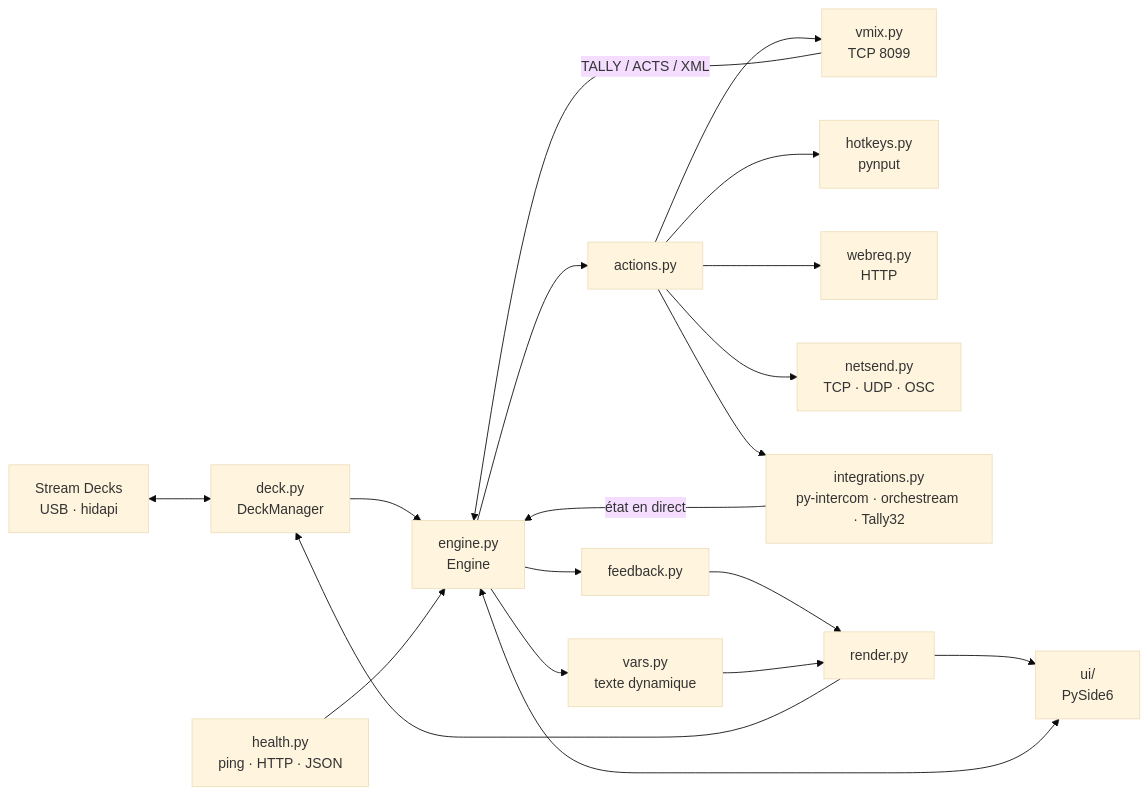
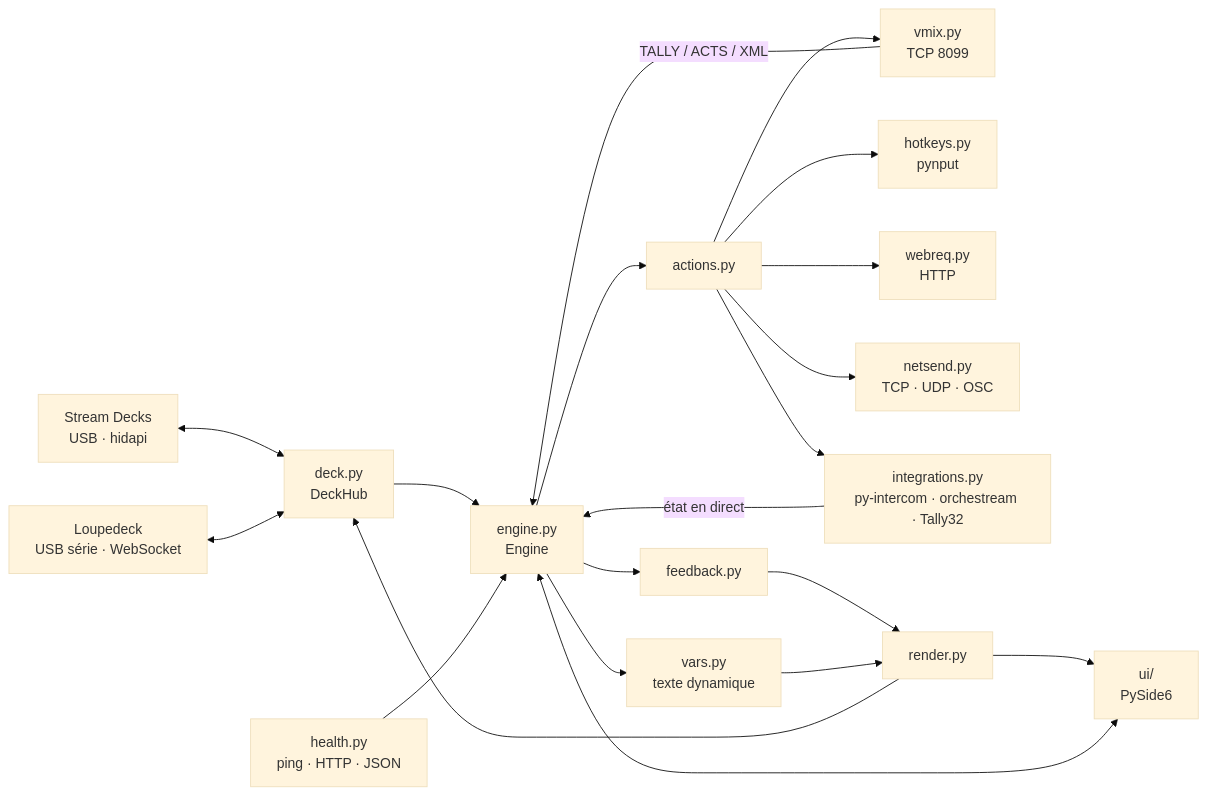
Before and after one commit to lfpoulain/py-livedeck: the diagram in docs/architecture.md, drawn with Mermaid (base theme). The commit also changed other lines of this file and 26 other files, not shown here.

First line of the commit message:
LiveDeck 1.6.0 : Loupedeck, molettes et intégration Windows

````diff
--- a/docs/architecture.md
+++ b/docs/architecture.md
@@ -7,18 +7,19 @@
 ```mermaid
 flowchart LR
-    SD[Stream Decks<br/>USB · hidapi] <--> DM[deck.py<br/>DeckManager]
+    SD[Stream Decks<br/>USB · hidapi] <--> DM[deck.py<br/>DeckHub]
+    LD[Loupedeck<br/>USB série · WebSocket] <--> DM
     DM --> E[engine.py<br/>Engine]
     UI[ui/<br/>PySide6] <--> E
     E --> A[actions.py]
     A --> VX[vmix.py<br/>TCP 8099]
     A --> HK[hotkeys.py<br/>pynput]
     A --> WR[webreq.py<br/>HTTP]
     A --> NS[netsend.py<br/>TCP · UDP · OSC]
     A --> IN[integrations.py<br/>py-intercom · orchestream · Tally32]
     VX -- TALLY / ACTS / XML --> E
     IN -- état en direct --> E
     HL[health.py<br/>ping · HTTP · JSON] --> E
     E --> FB[feedback.py] --> R[render.py] --> DM
     E --> VA[vars.py<br/>texte dynamique] --> R
     R --> UI
 ```
````
